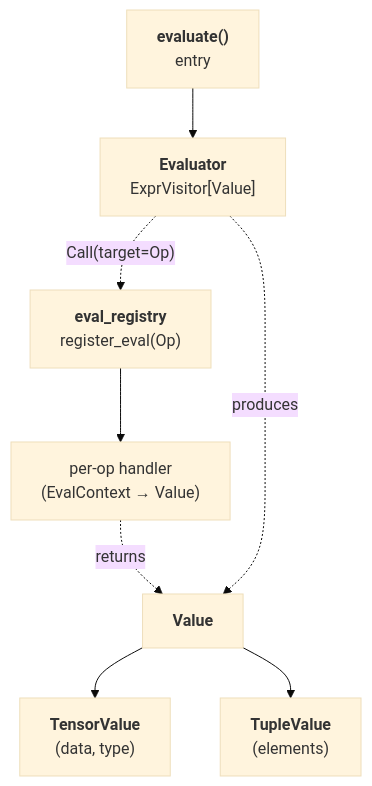
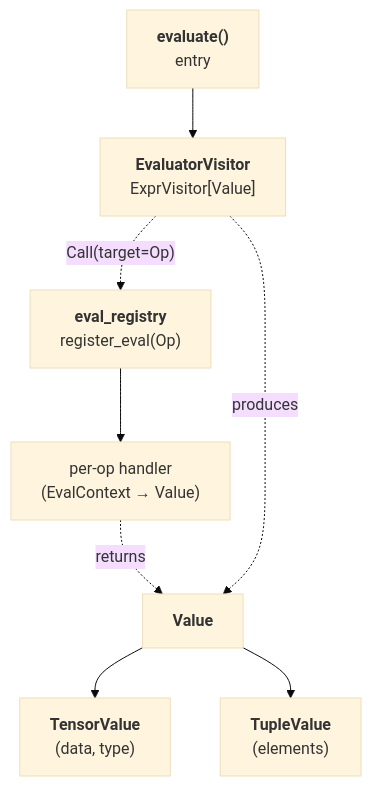
Before and after one commit to tile-ai/TileFoundry: the diagram in docs/spec/evaluator.md, drawn with Mermaid (base theme). The commit also changed other lines of this file and 11 other files, not shown here.

````diff
--- a/docs/spec/evaluator.md
+++ b/docs/spec/evaluator.md
@@ -8,18 +8,18 @@
 ```mermaid
 flowchart TB
     evaluate["<b>evaluate()</b><br/>entry"]
-    Evaluator["<b>Evaluator</b><br/>ExprVisitor[Value]"]
+    Evaluator["<b>EvaluatorVisitor</b><br/>ExprVisitor[Value]"]
     registry["<b>eval_registry</b><br/>register_eval(Op)"]
     handler["per-op handler<br/>(EvalContext → Value)"]
     Value["<b>Value</b>"]
     TensorValue["<b>TensorValue</b><br/>(data, type)"]
     TupleValue["<b>TupleValue</b><br/>(elements)"]
 
     evaluate --> Evaluator
     Evaluator -. "Call(target=Op)" .-> registry
     registry --> handler
     handler -. returns .-> Value
     Evaluator -. produces .-> Value
     Value --> TensorValue
     Value --> TupleValue
 ```
````
